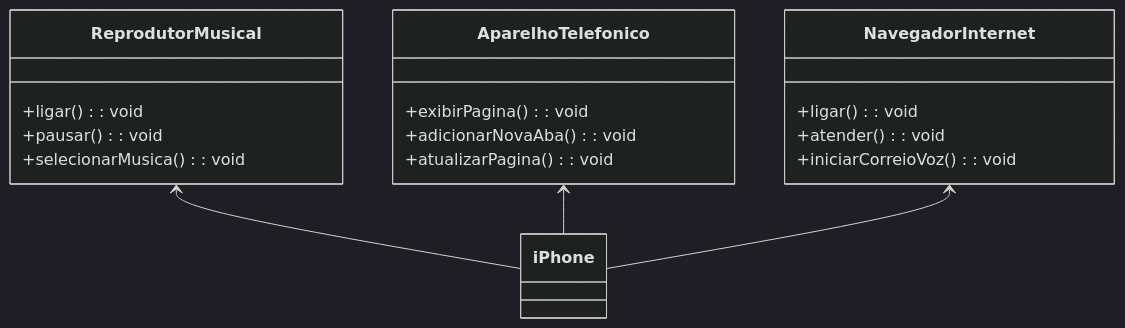
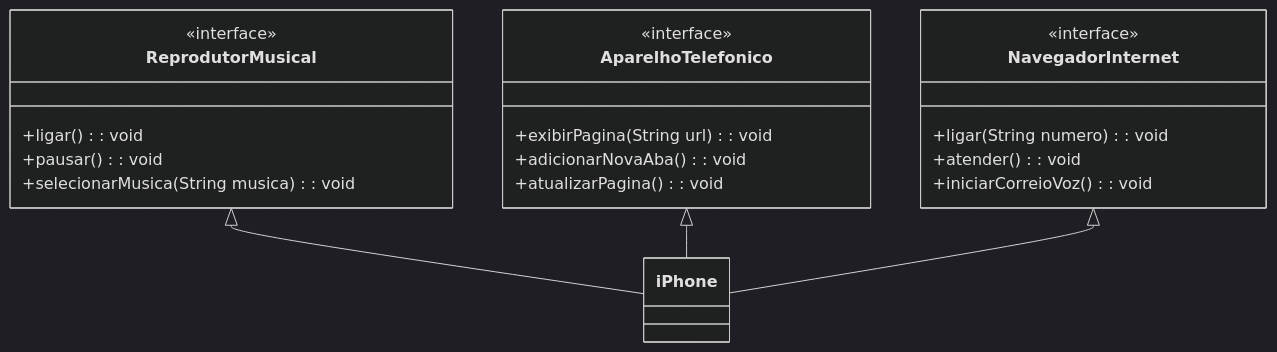
The diagram in README.md (LuizzOliveira/Desafio-UML), drawn with Mermaid (dark theme) before and after one commit. The commit also changed other lines of this file, not shown here.

````diff
--- a/README.md
+++ b/README.md
@@ -23,21 +26,25 @@
 ```mermaid
 classDiagram
     class ReprodutorMusical {
+	<<interface>>
         +ligar() : void
         +pausar() : void
-        +selecionarMusica() : void    }
+        +selecionarMusica(String musica) : void
+ }
     class AparelhoTelefonico {
-        +exibirPagina() : void
+	<<interface>>
+        +exibirPagina(String url) : void
         +adicionarNovaAba() : void
         +atualizarPagina() : void   
     }
-    class NavegadorInternet {
-        +ligar() : void
+    class  NavegadorInternet {
+	<<interface>>
+        +ligar(String numero) : void
         +atender() : void
         +iniciarCorreioVoz() : void    }
     class iPhone {
     }
-    ReprodutorMusical <-- iPhone
-    AparelhoTelefonico <--iPhone
-    NavegadorInternet <--iPhone
+    ReprodutorMusical <|-- iPhone
+    AparelhoTelefonico <|--iPhone
+    NavegadorInternet <|--iPhone
 ```
````
